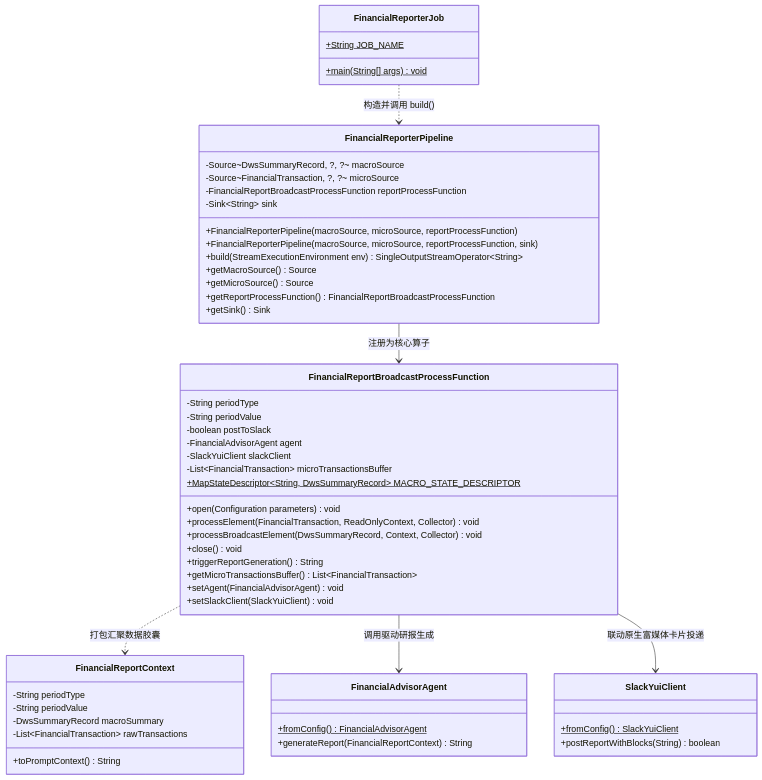
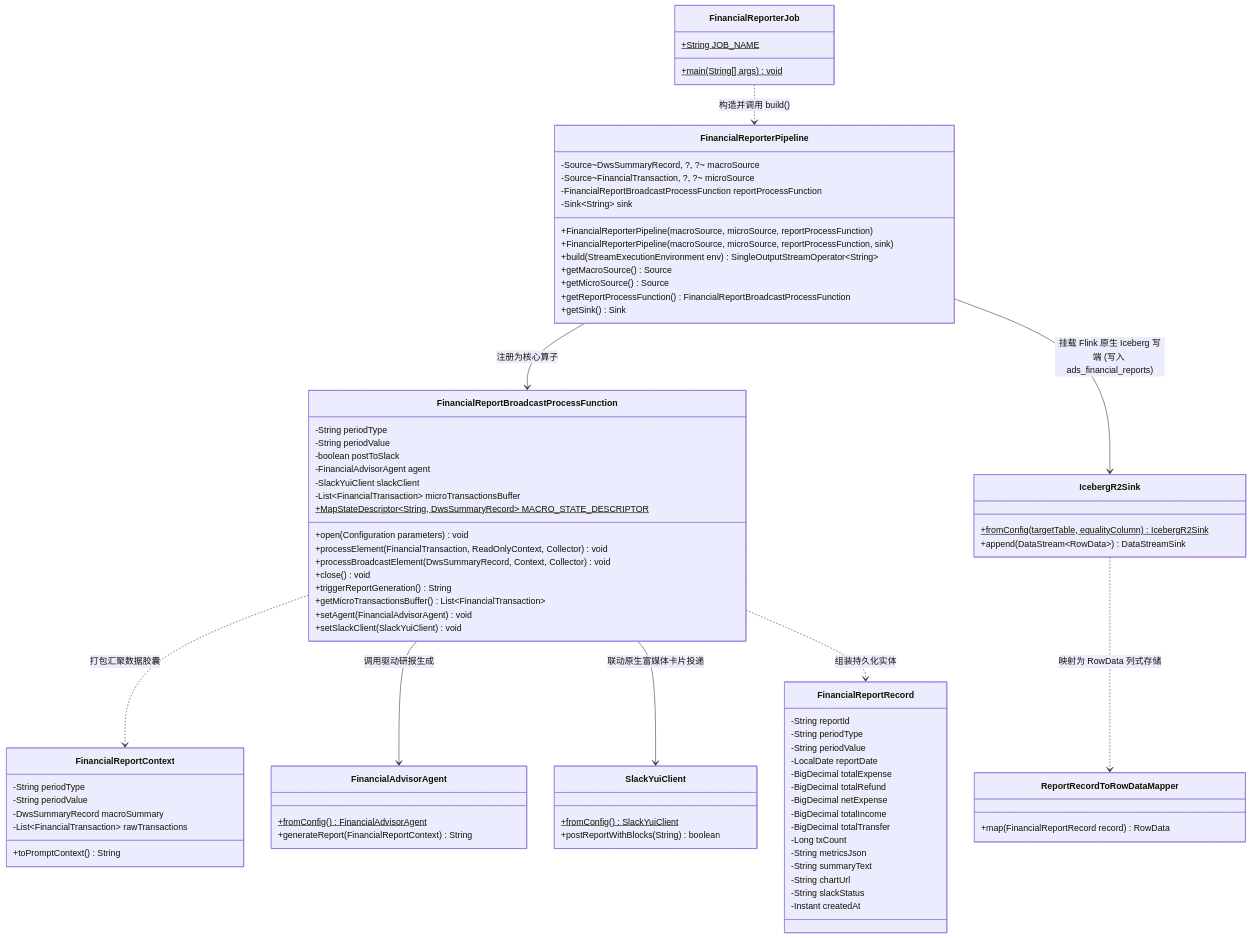
One commit to nvd11/sms-flink-etl changed the diagram in docs/financial-reporter-flink-pipeline-class-design.md. Above: the diagram before and after it, drawn with Mermaid. The commit also changed other lines of this file and 2 other files, not shown here.

Commit message:
docs(ads): standardize ads_financial_reports persistence via native IcebergR2Sink across design specs

````diff
--- a/docs/financial-reporter-flink-pipeline-class-design.md
+++ b/docs/financial-reporter-flink-pipeline-class-design.md
@@ -97,9 +97,39 @@
         +postReportWithBlocks(String) boolean
     }
 
+    class FinancialReportRecord {
+        -String reportId
+        -String periodType
+        -String periodValue
+        -LocalDate reportDate
+        -BigDecimal totalExpense
+        -BigDecimal totalRefund
+        -BigDecimal netExpense
+        -BigDecimal totalIncome
+        -BigDecimal totalTransfer
+        -Long txCount
+        -String metricsJson
+        -String summaryText
+        -String chartUrl
+        -String slackStatus
+        -Instant createdAt
+    }
+
+    class ReportRecordToRowDataMapper {
+        +map(FinancialReportRecord record) RowData
+    }
+
+    class IcebergR2Sink {
+        +fromConfig(targetTable, equalityColumn)$ IcebergR2Sink
+        +append(DataStream~RowData~) DataStreamSink
+    }
+
     FinancialReporterJob ..> FinancialReporterPipeline : 构造并调用 build()
     FinancialReporterPipeline --> FinancialReportBroadcastProcessFunction : 注册为核心算子
     FinancialReportBroadcastProcessFunction ..> FinancialReportContext : 打包汇聚数据胶囊
     FinancialReportBroadcastProcessFunction --> FinancialAdvisorAgent : 调用驱动研报生成
     FinancialReportBroadcastProcessFunction --> SlackYuiClient : 联动原生富媒体卡片投递
+    FinancialReportBroadcastProcessFunction ..> FinancialReportRecord : 组装持久化实体
+    FinancialReporterPipeline --> IcebergR2Sink : 挂载 Flink 原生 Iceberg 写端 (写入 ads_financial_reports)
+    IcebergR2Sink ..> ReportRecordToRowDataMapper : 映射为 RowData 列式存储
 ```
````
